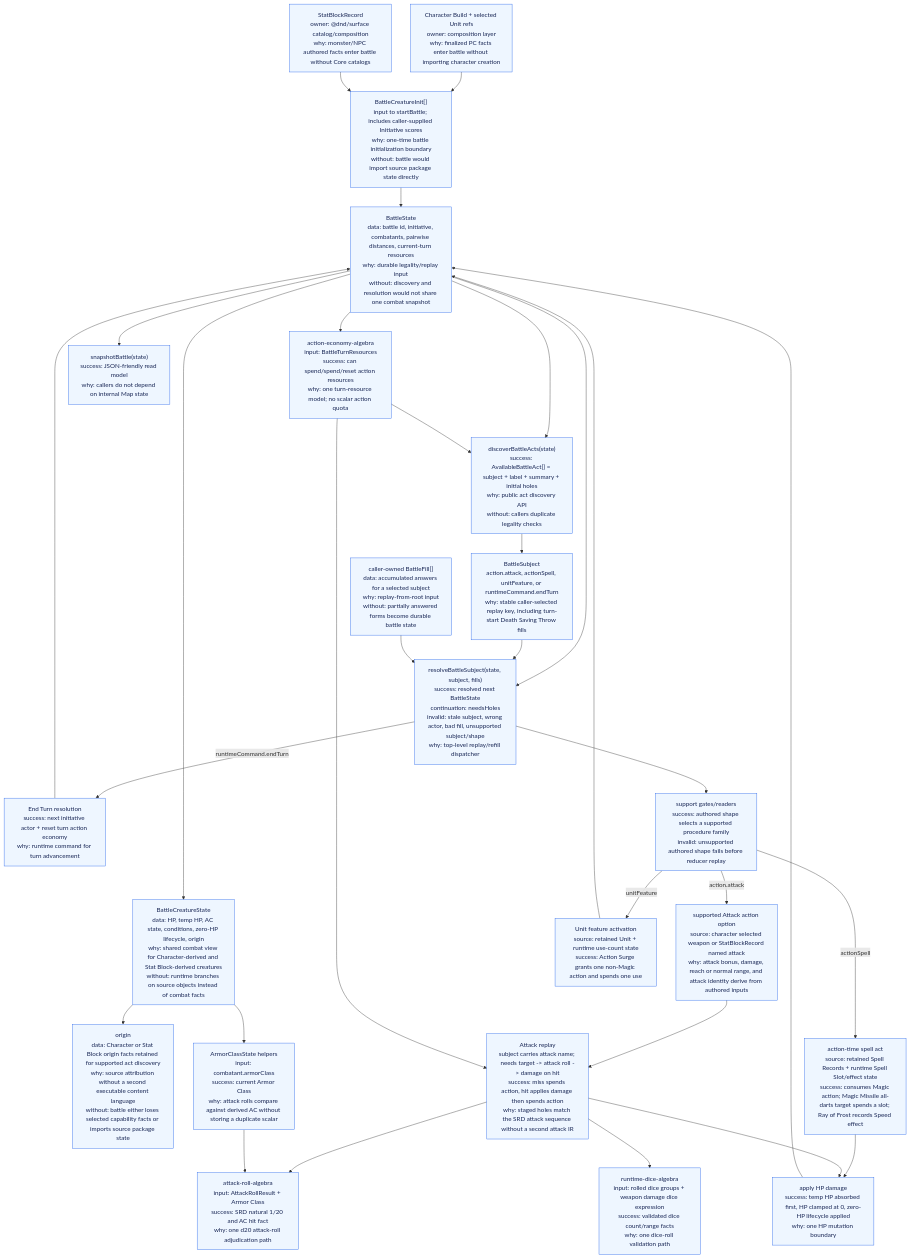
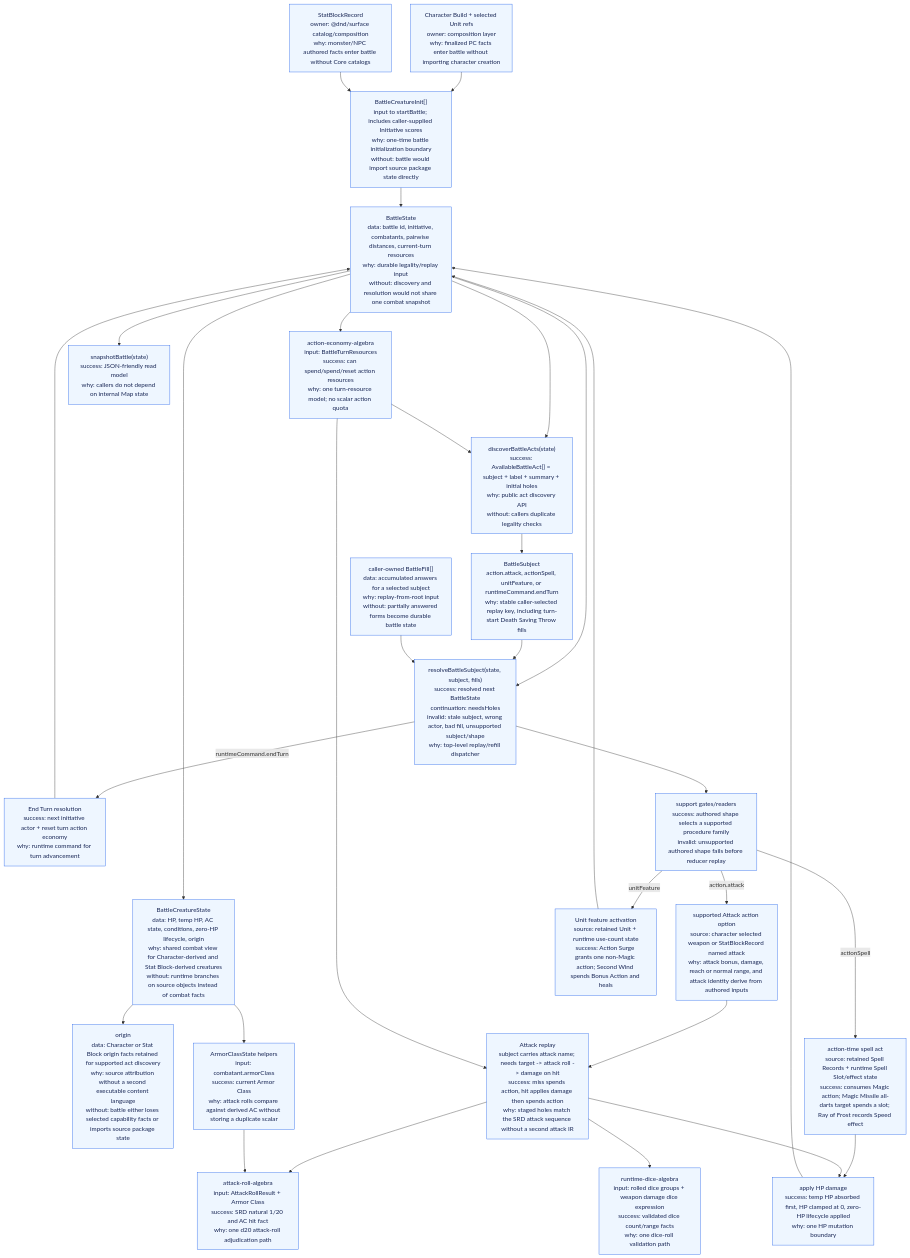
One commit to dearlordylord/5e-quint changed the first of 2 diagrams in packages/battle-runtime/ARCHITECTURE_GRAPH.md. Above: the diagram before and after it, drawn with Mermaid. The commit also changed other lines of this file and 13 other files, not shown here.

Commit message:
Restore Second Wind battle feature

````diff
--- a/packages/battle-runtime/ARCHITECTURE_GRAPH.md
+++ b/packages/battle-runtime/ARCHITECTURE_GRAPH.md
@@ -32,51 +32,51 @@
 ```mermaid
 flowchart TD
   CharacterBuild["Character Build + selected Unit refs<br/>owner: composition layer<br/>why: finalized PC facts enter battle without importing character creation"]
   StatBlock["StatBlockRecord<br/>owner: @dnd/surface catalog/composition<br/>why: monster/NPC authored facts enter battle without Core catalogs"]
   Init["BattleCreatureInit[]<br/>input to startBattle; includes caller-supplied Initiative scores<br/>why: one-time battle initialization boundary<br/>without: battle would import source package state directly"]
   State["BattleState<br/>data: battle id, initiative, combatants, pairwise distances, current-turn resources<br/>why: durable legality/replay input<br/>without: discovery and resolution would not share one combat snapshot"]
   Creature["BattleCreatureState<br/>data: HP, temp HP, AC state, conditions, zero-HP lifecycle, origin<br/>why: shared combat view for Character-derived and Stat Block-derived creatures<br/>without: runtime branches on source objects instead of combat facts"]
   Origin["origin<br/>data: Character or Stat Block origin facts retained for supported act discovery<br/>why: source attribution without a second executable content language<br/>without: battle either loses selected capability facts or imports source package state"]
   ArmorClass["ArmorClassState helpers<br/>input: combatant.armorClass<br/>success: current Armor Class<br/>why: attack rolls compare against derived AC without storing a duplicate scalar"]
   ActionEconomy["action-economy-algebra<br/>input: BattleTurnResources<br/>success: can spend/spend/reset action resources<br/>why: one turn-resource model; no scalar action quota"]
   AttackRoll["attack-roll-algebra<br/>input: AttackRollResult + Armor Class<br/>success: SRD natural 1/20 and AC hit fact<br/>why: one d20 attack-roll adjudication path"]
   RuntimeDice["runtime-dice-algebra<br/>input: rolled dice groups + weapon damage dice expression<br/>success: validated dice count/range facts<br/>why: one dice-roll validation path"]
   Discover["discoverBattleActs(state)<br/>success: AvailableBattleAct[] = subject + label + summary + initial holes<br/>why: public act discovery API<br/>without: callers duplicate legality checks"]
   Subject["BattleSubject<br/>action.attack, actionSpell, unitFeature, or runtimeCommand.endTurn<br/>why: stable caller-selected replay key, including turn-start Death Saving Throw fills"]
   FillSession["caller-owned BattleFill[]<br/>data: accumulated answers for a selected subject<br/>why: replay-from-root input<br/>without: partially answered forms become durable battle state"]
   Resolve["resolveBattleSubject(state, subject, fills)<br/>success: resolved next BattleState<br/>continuation: needsHoles<br/>invalid: stale subject, wrong actor, bad fill, unsupported subject/shape<br/>why: top-level replay/refill dispatcher"]
   EndTurn["End Turn resolution<br/>success: next initiative actor + reset turn action economy<br/>why: runtime command for turn advancement"]
   Support["support gates/readers<br/>success: authored shape selects a supported procedure family<br/>invalid: unsupported authored shape fails before reducer replay"]
   AttackOption["supported Attack action option<br/>source: character selected weapon or StatBlockRecord named attack<br/>why: attack bonus, damage, reach or normal range, and attack identity derive from authored inputs"]
-  UnitFeature["Unit feature activation<br/>source: retained Unit + runtime use-count state<br/>success: Action Surge grants one non-Magic action and spends one use"]
+  UnitFeature["Unit feature activation<br/>source: retained Unit + runtime use-count state<br/>success: Action Surge grants one non-Magic action; Second Wind spends Bonus Action and heals"]
   SpellAct["action-time spell act<br/>source: retained Spell Records + runtime Spell Slot/effect state<br/>success: consumes Magic action; Magic Missile all-darts target spends a slot; Ray of Frost records Speed effect"]
   AttackReplay["Attack replay<br/>subject carries attack name; needs target -> attack roll -> damage on hit<br/>success: miss spends action, hit applies damage then spends action<br/>why: staged holes match the SRD attack sequence without a second attack IR"]
   Damage["apply HP damage<br/>success: temp HP absorbed first, HP clamped at 0, zero-HP lifecycle applied<br/>why: one HP mutation boundary"]
   Snapshot["snapshotBattle(state)<br/>success: JSON-friendly read model<br/>why: callers do not depend on internal Map state"]
 
   CharacterBuild --> Init
   StatBlock --> Init
   Init --> State --> Creature
   Creature --> Origin
   Creature --> ArmorClass
   State --> ActionEconomy
   State --> Discover --> Subject
   State --> Snapshot
   State --> Resolve
   Subject --> Resolve
   FillSession --> Resolve
   Resolve -->|runtimeCommand.endTurn| EndTurn --> State
   Resolve --> Support
   Support -->|action.attack| AttackOption --> AttackReplay
   Support -->|unitFeature| UnitFeature --> State
   Support -->|actionSpell| SpellAct --> Damage
   AttackReplay --> AttackRoll
   AttackReplay --> RuntimeDice
   AttackReplay --> Damage --> State
   ArmorClass --> AttackRoll
   ActionEconomy --> Discover
   ActionEconomy --> AttackReplay
 
   classDef implemented fill:#eef6ff,stroke:#2563eb,color:#172554;
   class CharacterBuild,StatBlock,Init,State,Creature,Origin,ArmorClass,ActionEconomy,AttackRoll,RuntimeDice,Discover,Subject,FillSession,Resolve,EndTurn,Support,AttackOption,AttackReplay,UnitFeature,SpellAct,Damage,Snapshot implemented;
 ```
````
